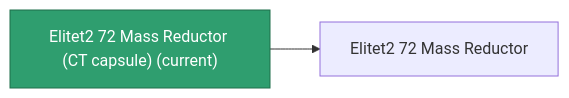
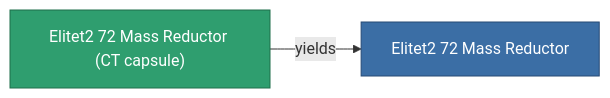
The diagram in content/content/items/elitet2_72_mass_reductor_CT_capsule.md (OpenPerpetuum/Wiki), drawn with Mermaid before and after one commit. The commit also changed other lines of this file and 2015 other files, not shown here.

````diff
--- a/content/content/items/elitet2_72_mass_reductor_CT_capsule.md
+++ b/content/content/items/elitet2_72_mass_reductor_CT_capsule.md
@@ -33,8 +33,9 @@
 ```mermaid
 graph LR
-    a["Elitet2 72 Mass Reductor (CT capsule) (current)"]:::current
-    b["Elitet2 72 Mass Reductor"]
-    a --> b
-    click b "/content/items/elitet2-72-mass-reductor/" "Elitet2 72 Mass Reductor"
+    a["Elitet2 72 Mass Reductor (CT capsule)"]:::current
+    b["Elitet2 72 Mass Reductor"]:::finished
+    a -->|yields| b
+                click b "/content/items/elitet2-72-mass-reductor/" "Elitet2 72 Mass Reductor"
     classDef current fill:#2f9e6f,stroke:#1f6f4a,color:#ffffff
+    classDef finished fill:#3b6ea5,stroke:#274a75,color:#ffffff
 ```
````
